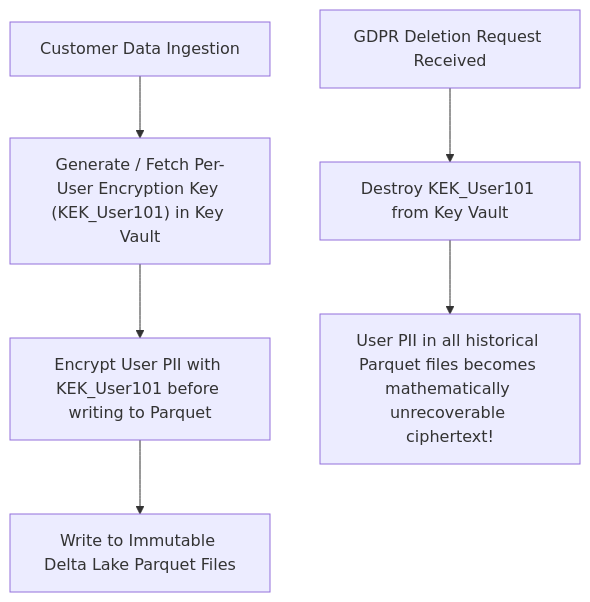
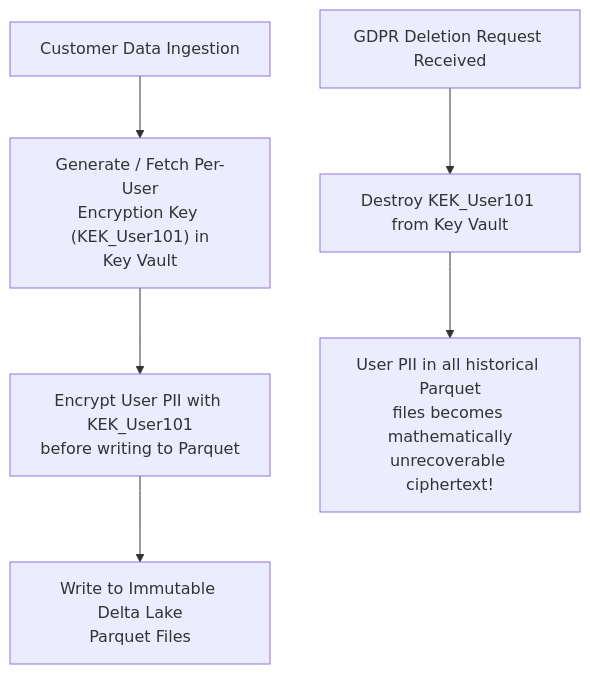
One commit to santoshjammi29/security-handbook changed the second of 2 diagrams in modules/07_etl_elt_and_pipeline_security/README.md. Above: the diagram before and after it, drawn with Mermaid. The commit also changed other lines of this file and 22 other files, not shown here.

Commit message:
fix(diagrams): word-wrap labels and escape comparison operators across all diagrams

````diff
--- a/modules/07_etl_elt_and_pipeline_security/README.md
+++ b/modules/07_etl_elt_and_pipeline_security/README.md
@@ -30,9 +30,9 @@
 ```mermaid
 flowchart TD
-    User["Customer Data Ingestion"] --> KeyStore["Generate / Fetch Per-User Encryption Key (KEK_User101) in Key Vault"]
-    KeyStore --> Encrypt["Encrypt User PII with KEK_User101 before writing to Parquet"]
-    Encrypt --> Lakehouse["Write to Immutable Delta Lake Parquet Files"]
+    User["Customer Data Ingestion"] --> KeyStore["Generate / Fetch Per-User<br/>Encryption Key (KEK_User101) in<br/>Key Vault"]
+    KeyStore --> Encrypt["Encrypt User PII with KEK_User101<br/>before writing to Parquet"]
+    Encrypt --> Lakehouse["Write to Immutable Delta Lake<br/>Parquet Files"]
 
     GDPR["GDPR Deletion Request Received"] --> Destroy["Destroy KEK_User101 from Key Vault"]
-    Destroy --> Result["User PII in all historical Parquet files becomes mathematically unrecoverable ciphertext!"]
+    Destroy --> Result["User PII in all historical Parquet<br/>files becomes mathematically<br/>unrecoverable ciphertext!"]
 ```
````
